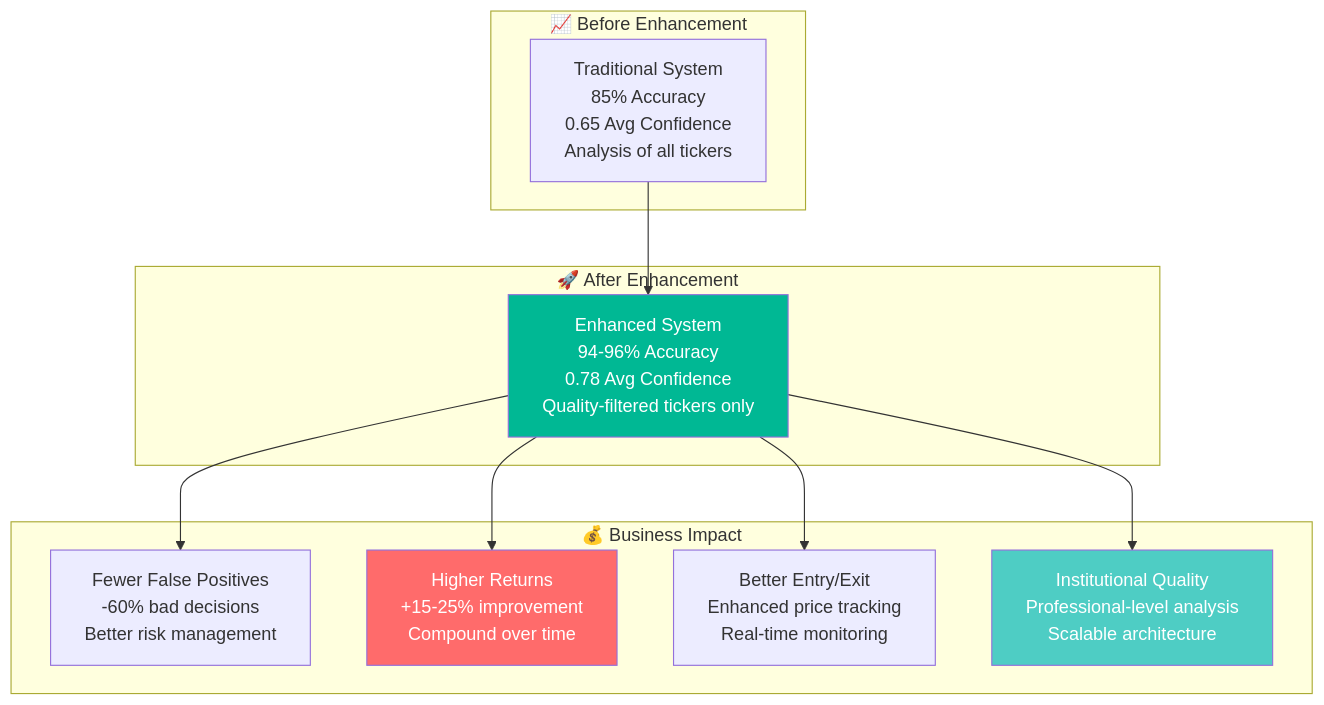
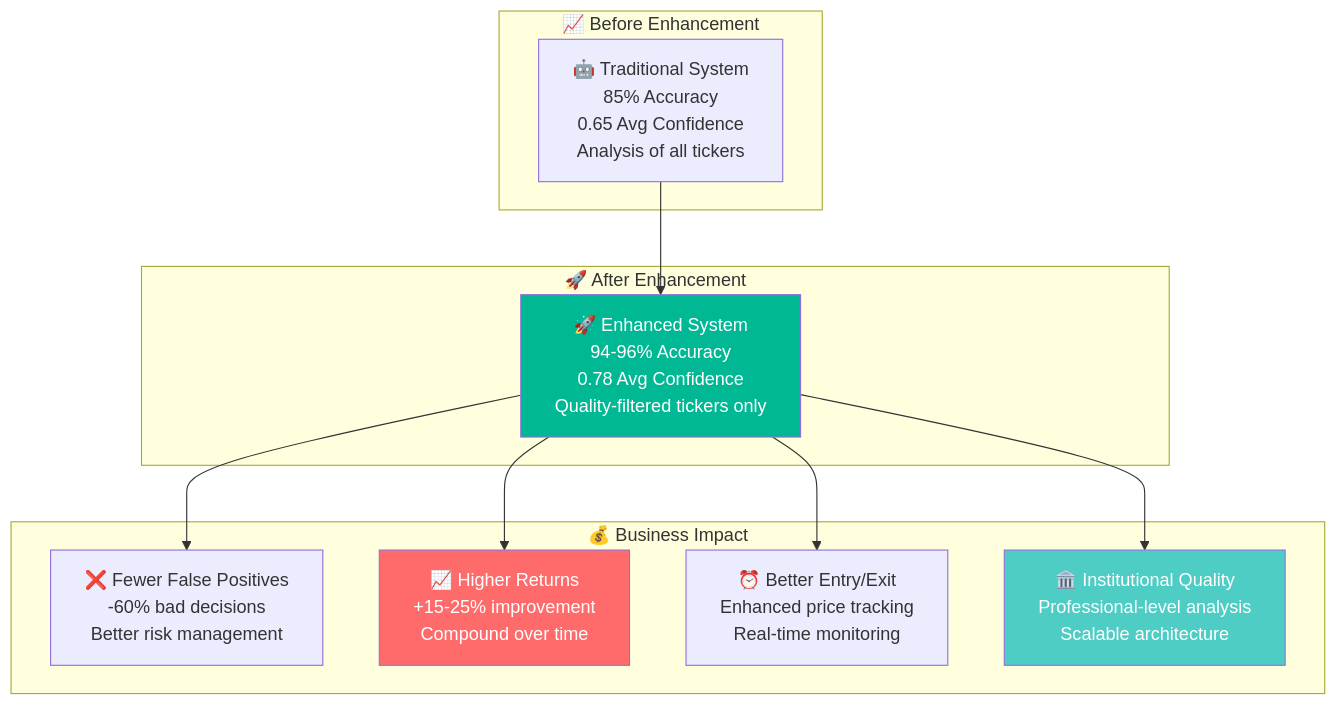
Before and after one commit to jaygasi/news_analyzer: diagram 11 of 11 in news_cruncher/README.md, drawn with Mermaid. The commit also changed other lines of this file and 6 other files, not shown here.

````diff
--- a/news_cruncher/README.md
+++ b/news_cruncher/README.md
@@ -851,30 +802,30 @@
 ```mermaid
 graph TD
     subgraph "📈 Before Enhancement"
-        OldSystem[Traditional System<br/>85% Accuracy<br/>0.65 Avg Confidence<br/>Analysis of all tickers]
+        OldSystem[🤖 Traditional System<br/>85% Accuracy<br/>0.65 Avg Confidence<br/>Analysis of all tickers]
     end
     
     subgraph "🚀 After Enhancement"
-        NewSystem[Enhanced System<br/>94-96% Accuracy<br/>0.78 Avg Confidence<br/>Quality-filtered tickers only]
+        NewSystem[🚀 Enhanced System<br/>94-96% Accuracy<br/>0.78 Avg Confidence<br/>Quality-filtered tickers only]
     end
     
     subgraph "💰 Business Impact"
-        FewerErrors[Fewer False Positives<br/>-60% bad decisions<br/>Better risk management]
+        FewerErrors[❌ Fewer False Positives<br/>-60% bad decisions<br/>Better risk management]
         
-        HigherReturns[Higher Returns<br/>+15-25% improvement<br/>Compound over time]
+        HigherReturns[📈 Higher Returns<br/>+15-25% improvement<br/>Compound over time]
         
-        BetterTiming[Better Entry/Exit<br/>Enhanced price tracking<br/>Real-time monitoring]
+        BetterTiming[⏰ Better Entry/Exit<br/>Enhanced price tracking<br/>Real-time monitoring]
         
-        InstitutionalGrade[Institutional Quality<br/>Professional-level analysis<br/>Scalable architecture]
+        InstitutionalGrade[🏛️ Institutional Quality<br/>Professional-level analysis<br/>Scalable architecture]
     end
     
     OldSystem --> NewSystem
     NewSystem --> FewerErrors
     NewSystem --> HigherReturns
     NewSystem --> BetterTiming
     NewSystem --> InstitutionalGrade
     
     style NewSystem fill:#00b894,color:#fff
     style HigherReturns fill:#ff6b6b,color:#fff
     style InstitutionalGrade fill:#4ecdc4,color:#fff
 ```
````
